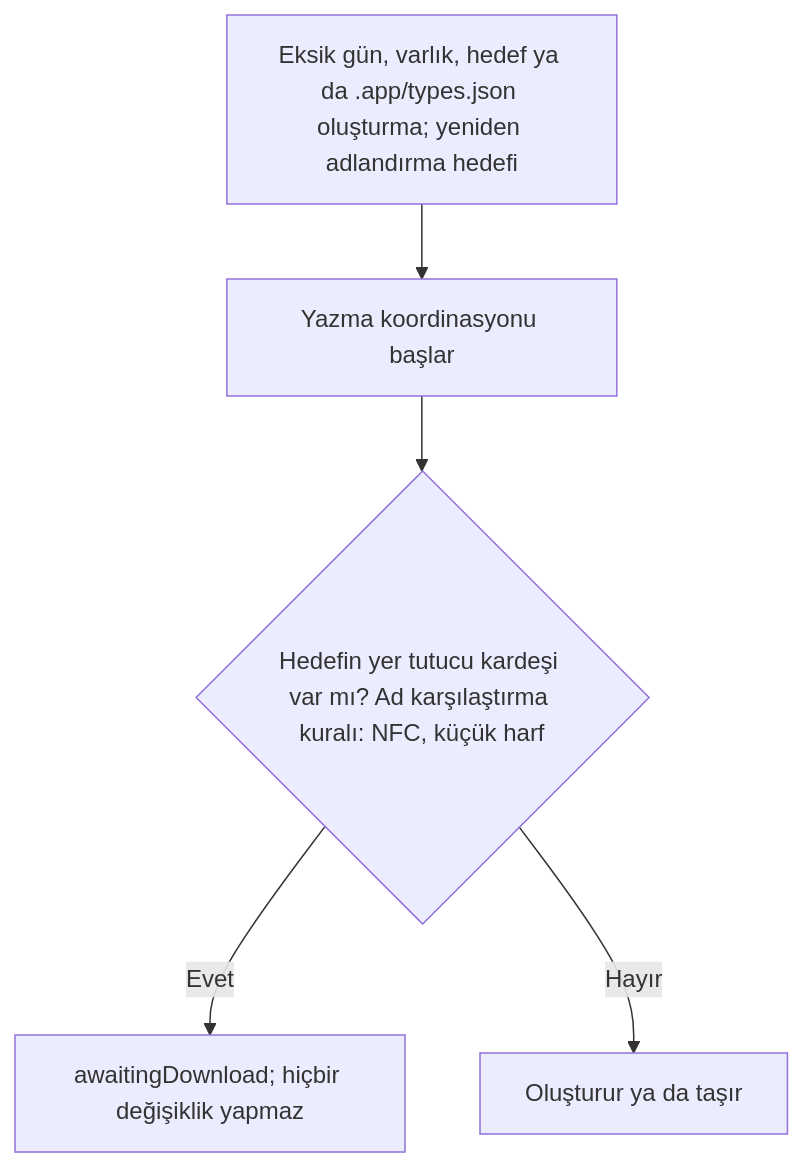
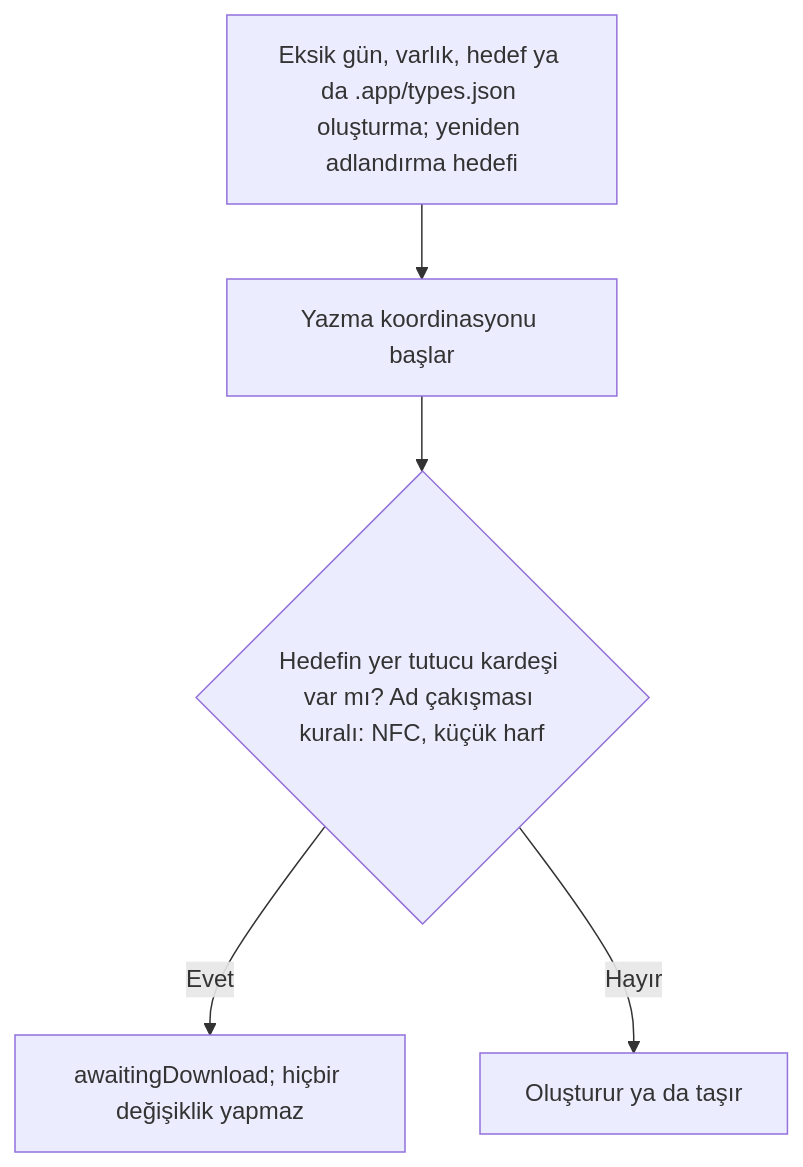
The fifth of 22 diagrams in docs/vault-format.md (dogancanyildiz/kenet), drawn with Mermaid before and after one commit. The commit also changed other lines of this file and 54 other files, not shown here.

````diff
--- a/docs/vault-format.md
+++ b/docs/vault-format.md
@@ -202,7 +202,7 @@
 ```mermaid
 flowchart TD
   A["Eksik gün, varlık, hedef ya da .app/types.json oluşturma; yeniden adlandırma hedefi"] --> B["Yazma koordinasyonu başlar"]
-  B --> C{"Hedefin yer tutucu kardeşi var mı? Ad karşılaştırma kuralı: NFC, küçük harf"}
+  B --> C{"Hedefin yer tutucu kardeşi var mı? Ad çakışması kuralı: NFC, küçük harf"}
   C -- Evet --> D["awaitingDownload; hiçbir değişiklik yapmaz"]
   C -- Hayır --> E["Oluşturur ya da taşır"]
 ```
````
